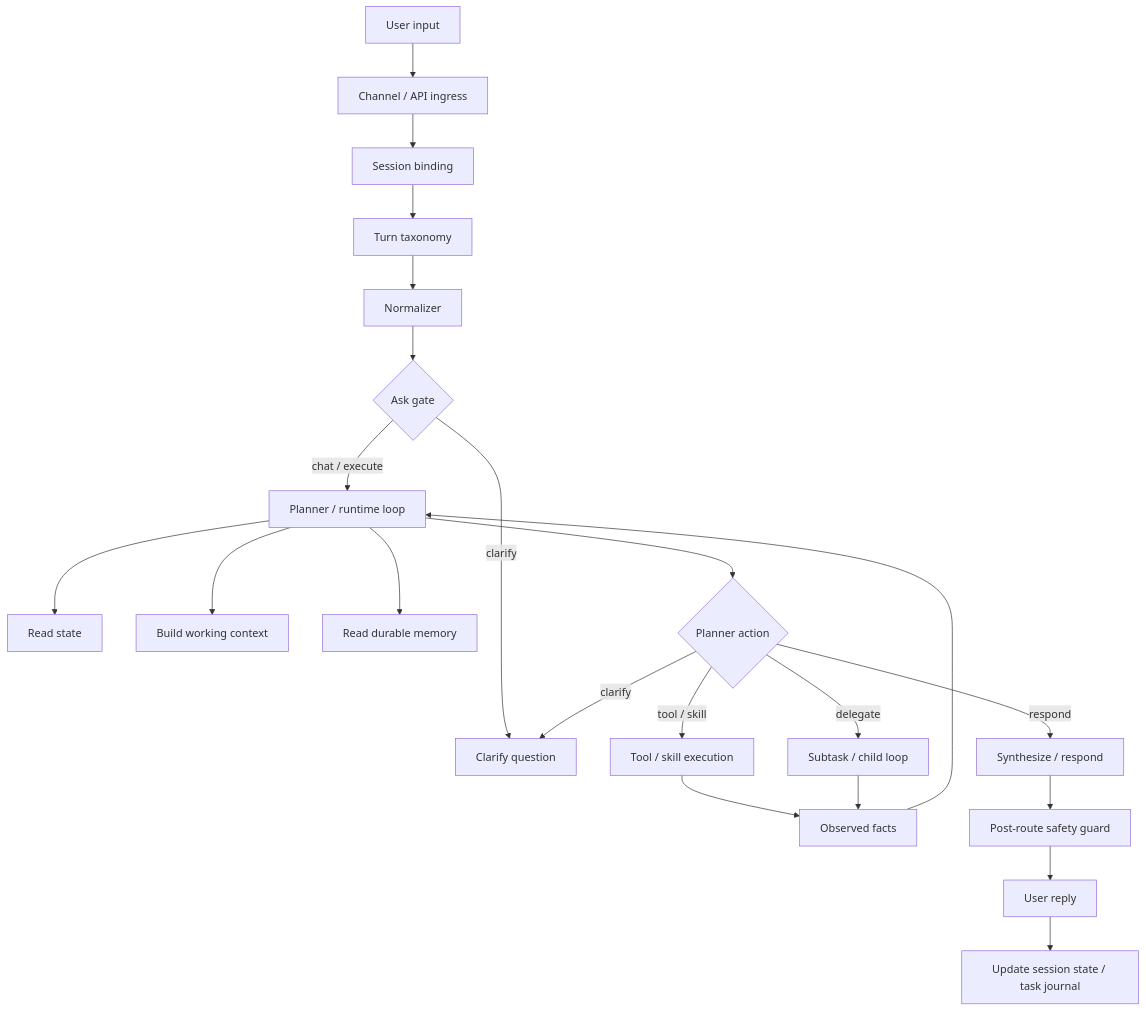
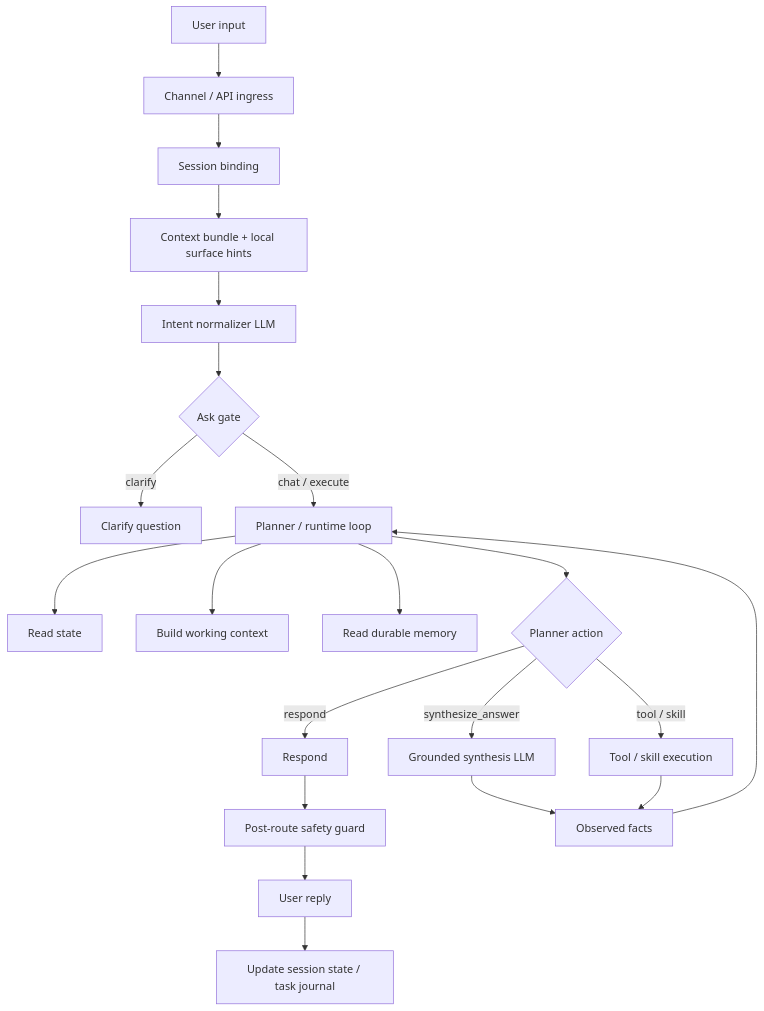
One commit to MatrixCoreX/RustClaw changed the first of 2 diagrams in README.md. Above: the diagram before and after it, drawn with Mermaid. The commit also changed other lines of this file and 2 other files, not shown here.

Commit message:
docs: align README architecture diagrams with clawd runtime

````diff
--- a/README.md
+++ b/README.md
@@ -28,24 +28,23 @@
 ```mermaid
 flowchart TD
     A[User input] --> B[Channel / API ingress]
     B --> C[Session binding]
-    C --> D[Turn taxonomy]
-    D --> E[Normalizer]
+    C --> D[Context bundle + local surface hints]
+    D --> E[Intent normalizer LLM]
     E --> F{Ask gate}
     F -->|clarify| G[Clarify question]
     F -->|chat / execute| H[Planner / runtime loop]
     H --> I[Read state]
     H --> J[Build working context]
     H --> K[Read durable memory]
     H --> L{Planner action}
-    L -->|respond| M[Synthesize / respond]
+    L -->|respond| M[Respond]
+    L -->|synthesize_answer| SS[Grounded synthesis LLM]
     L -->|tool / skill| N[Tool / skill execution]
-    L -->|delegate| O[Subtask / child loop]
-    L -->|clarify| G
     N --> P[Observed facts]
-    O --> P
+    SS --> P
     P --> H
     M --> Q[Post-route safety guard]
     Q --> R[User reply]
     R --> S[Update session state / task journal]
 ```
````
